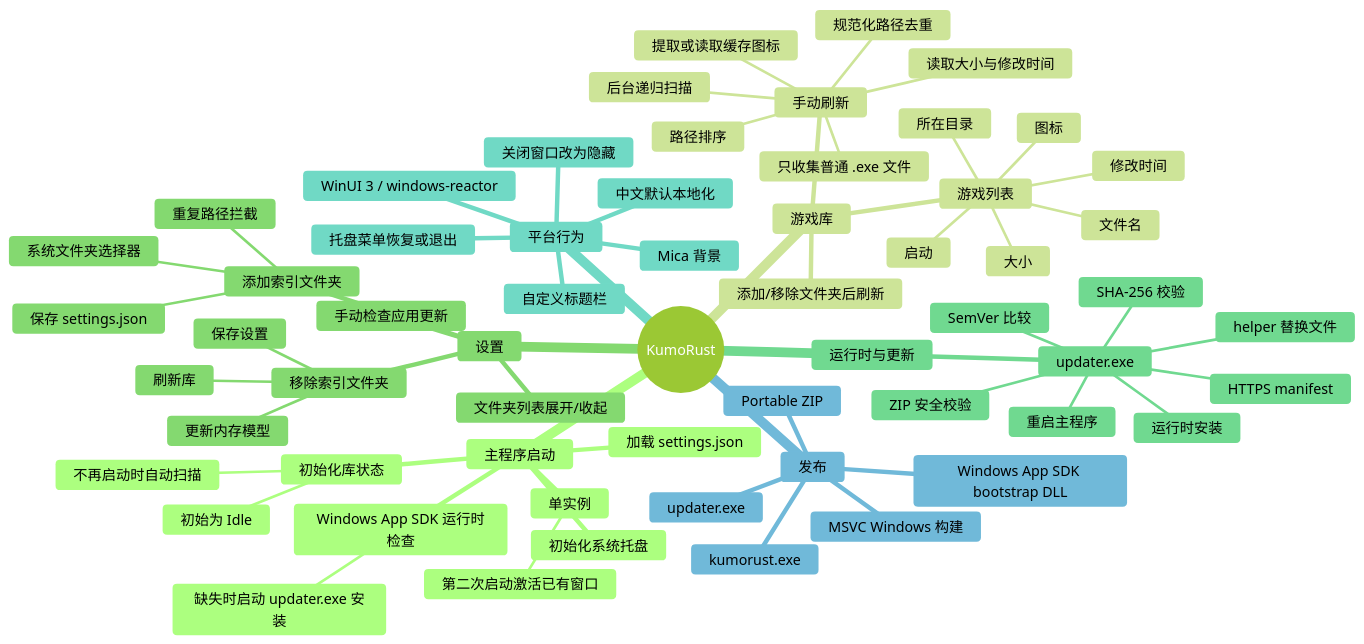
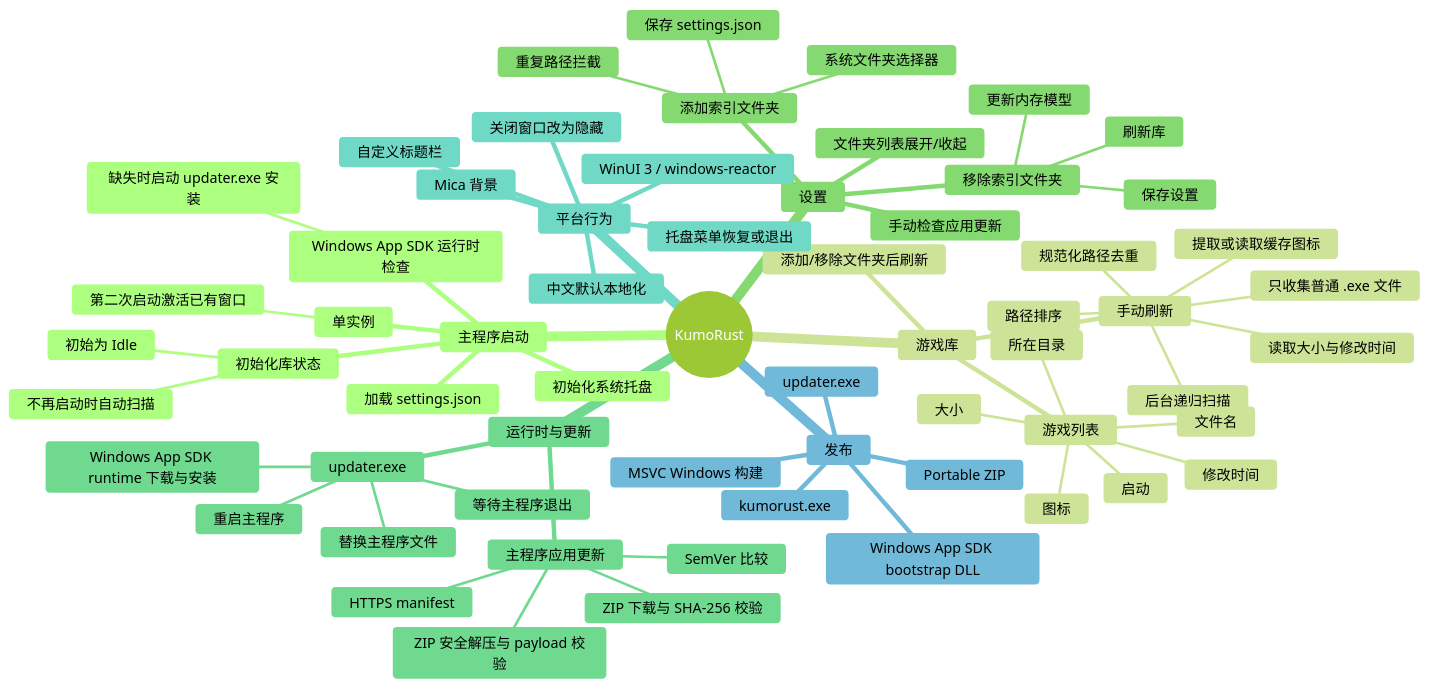
The first of 3 diagrams in docs/kumorust-feature-map.md (kumoproject/kumorust), drawn with Mermaid (forest theme) before and after one commit. The commit also changed other lines of this file and 16 other files, not shown here.

Commit message:
refactor(updater): separate runtime install and app update apply

````diff
--- a/docs/kumorust-feature-map.md
+++ b/docs/kumorust-feature-map.md
@@ -13,63 +13,65 @@
 ```mermaid
 mindmap
   root((KumoRust))
     主程序启动
       单实例
         第二次启动激活已有窗口
       Windows App SDK 运行时检查
         缺失时启动 updater.exe 安装
       初始化系统托盘
       加载 settings.json
       初始化库状态
         初始为 Idle
         不再启动时自动扫描
     游戏库
       手动刷新
         后台递归扫描
         只收集普通 .exe 文件
         规范化路径去重
         路径排序
         读取大小与修改时间
         提取或读取缓存图标
       添加/移除文件夹后刷新
       游戏列表
         图标
         文件名
         所在目录
         大小
         修改时间
         启动
     设置
       添加索引文件夹
         系统文件夹选择器
         重复路径拦截
         保存 settings.json
       移除索引文件夹
         更新内存模型
         保存设置
         刷新库
       文件夹列表展开/收起
       手动检查应用更新
     运行时与更新
-      updater.exe
-        运行时安装
+      主程序应用更新
         HTTPS manifest
         SemVer 比较
-        SHA-256 校验
-        ZIP 安全校验
-        helper 替换文件
+        ZIP 下载与 SHA-256 校验
+        ZIP 安全解压与 payload 校验
+      updater.exe
+        Windows App SDK runtime 下载与安装
+        等待主程序退出
+        替换主程序文件
         重启主程序
     平台行为
       WinUI 3 / windows-reactor
       Mica 背景
       自定义标题栏
       关闭窗口改为隐藏
       托盘菜单恢复或退出
       中文默认本地化
     发布
       MSVC Windows 构建
       Portable ZIP
       kumorust.exe
       updater.exe
       Windows App SDK bootstrap DLL
 ```
````
